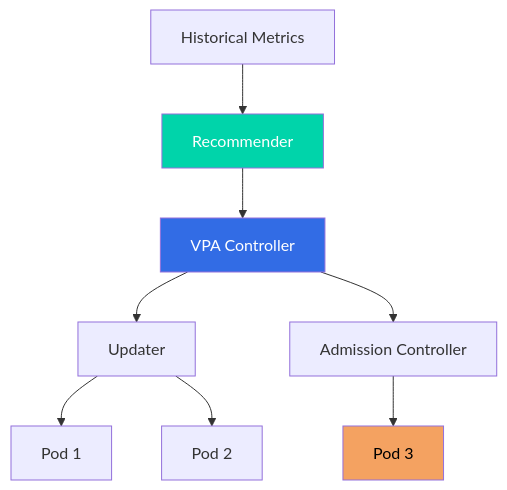
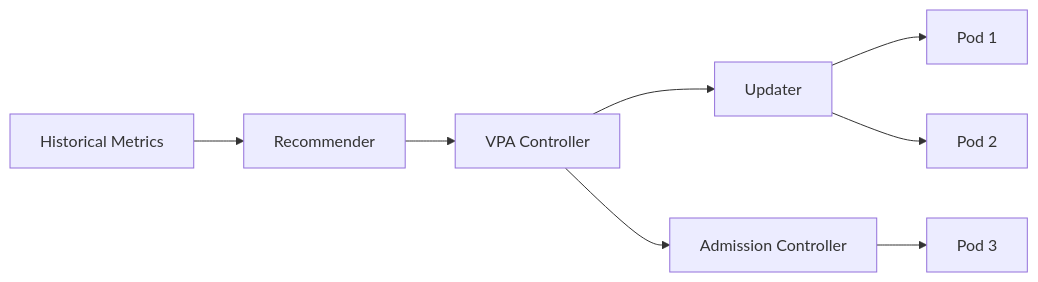
Diagram 29 of 33 in README.md (jayeshjd555/Kubernetes), drawn with Mermaid before and after one commit. The commit also changed other lines of this file, not shown here.

Commit message:
update diagram

````diff
--- a/README.md
+++ b/README.md
@@ -11030,14 +11025,10 @@
 ```mermaid
-flowchart TB
-    Hist[Historical Metrics] --> Rec[Recommender]
-    Rec --> VPACtrl[VPA Controller]
-    VPACtrl --> Upd[Updater]
-    VPACtrl --> AC[Admission Controller]
-    Upd --> Pod1[Pod 1]
-    Upd --> Pod2[Pod 2]
-    AC --> Pod3[Pod 3]
-    
-    style VPACtrl fill:#326ce5,color:#fff
-    style Rec fill:#00d4aa,color:#fff
-    style Pod3 fill:#f4a261,color:#000
+graph LR
+    A[Historical Metrics] --> B[Recommender]
+    B --> C[VPA Controller]
+    C --> D[Updater]
+    C --> E[Admission Controller]
+    D --> F[Pod 1]
+    D --> G[Pod 2]
+    E --> H[Pod 3]
 ```
````
